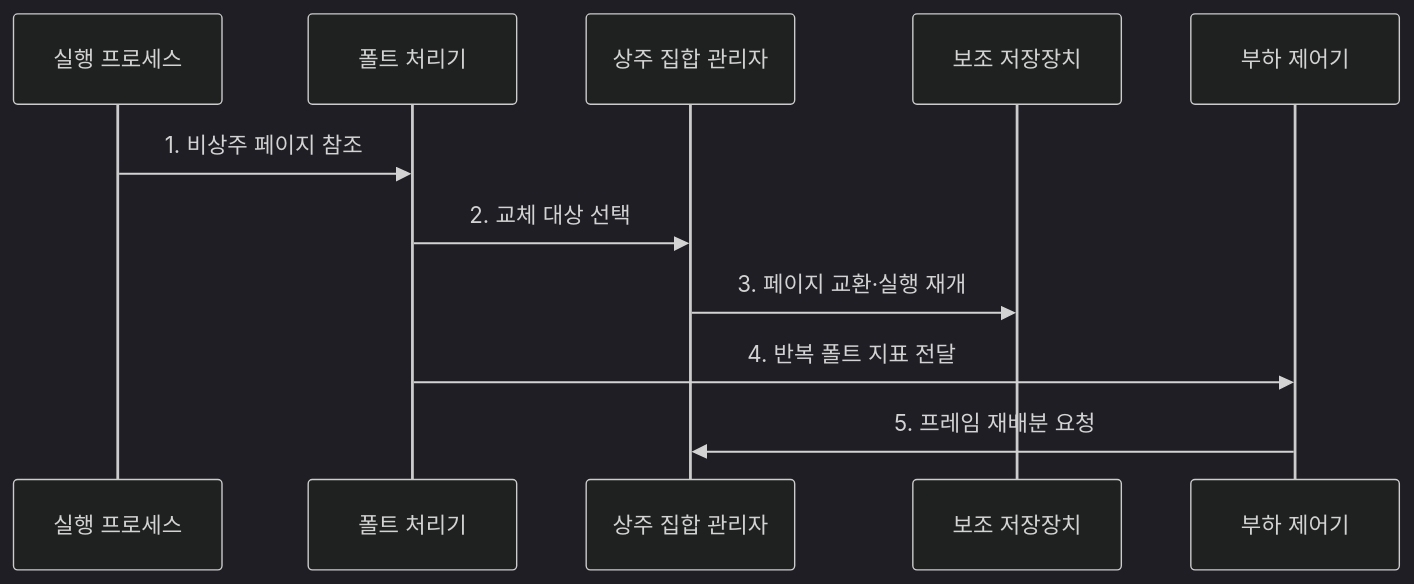
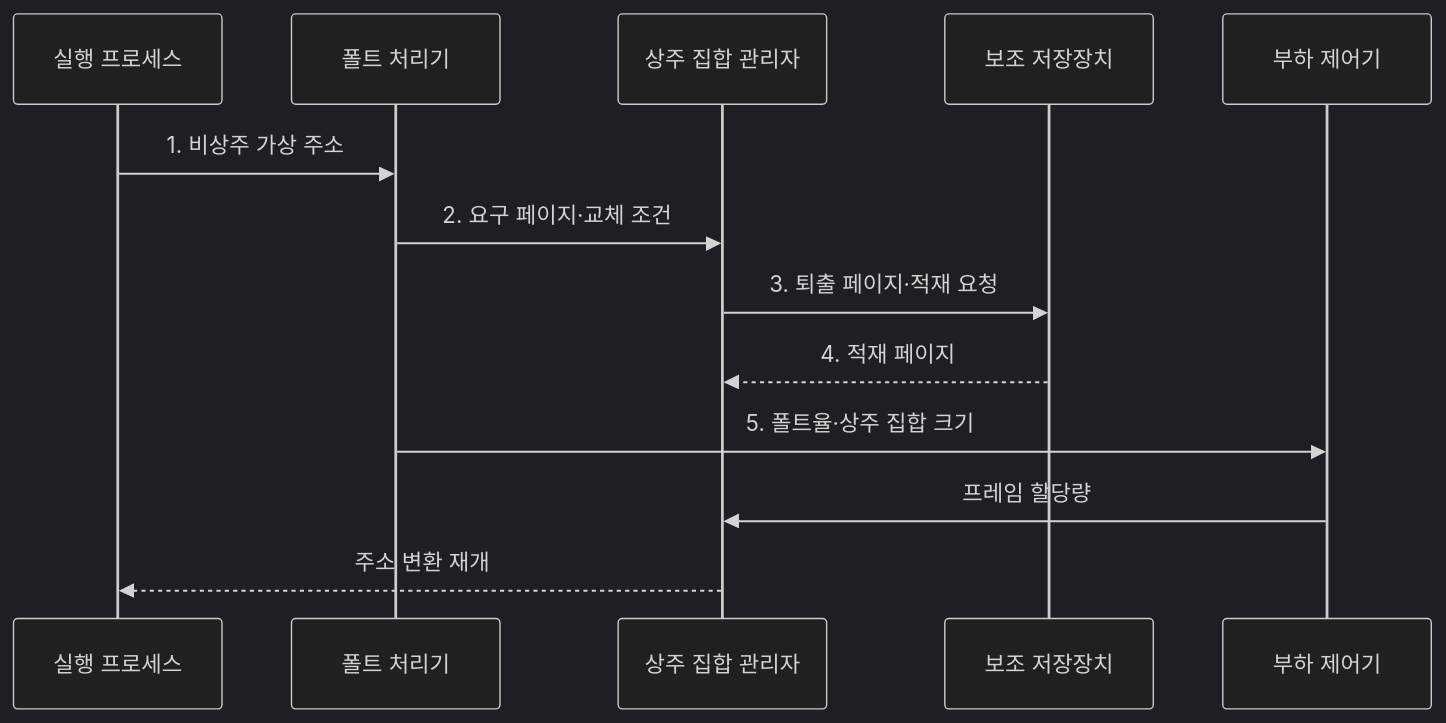
One commit to agnusdei1207/knowledge-base changed the third of 3 diagrams in src/content/docs/notes/03-software/014_virtual_memory_thrashing.md. Above: the diagram before and after it, drawn with Mermaid (dark theme). The commit also changed other lines of this file and 20 other files, not shown here.

````diff
--- a/src/content/docs/notes/03-software/014_virtual_memory_thrashing.md
+++ b/src/content/docs/notes/03-software/014_virtual_memory_thrashing.md
@@ -93,13 +106,15 @@
 ```mermaid
 sequenceDiagram
     participant P as 실행 프로세스
     participant F as 폴트 처리기
     participant R as 상주 집합 관리자
     participant D as 보조 저장장치
     participant L as 부하 제어기
-    P->>F: 1. 비상주 페이지 참조
-    F->>R: 2. 교체 대상 선택
-    R->>D: 3. 페이지 교환·실행 재개
-    F->>L: 4. 반복 폴트 지표 전달
-    L->>R: 5. 프레임 재배분 요청
+    P->>F: 1. 비상주 가상 주소
+    F->>R: 2. 요구 페이지·교체 조건
+    R->>D: 3. 퇴출 페이지·적재 요청
+    D-->>R: 4. 적재 페이지
+    F->>L: 5. 폴트율·상주 집합 크기
+    L->>R: 프레임 할당량
+    R-->>P: 주소 변환 재개
 ```
````
